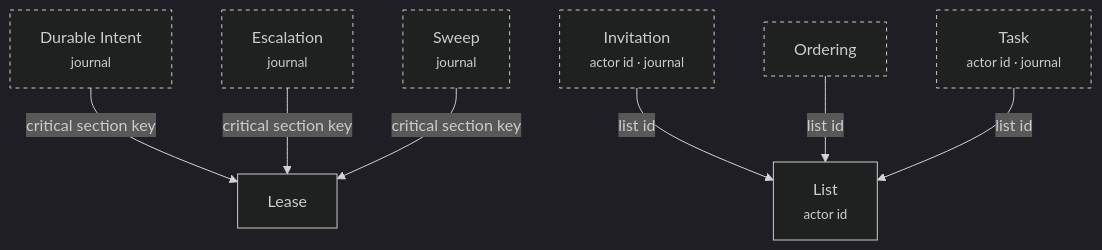
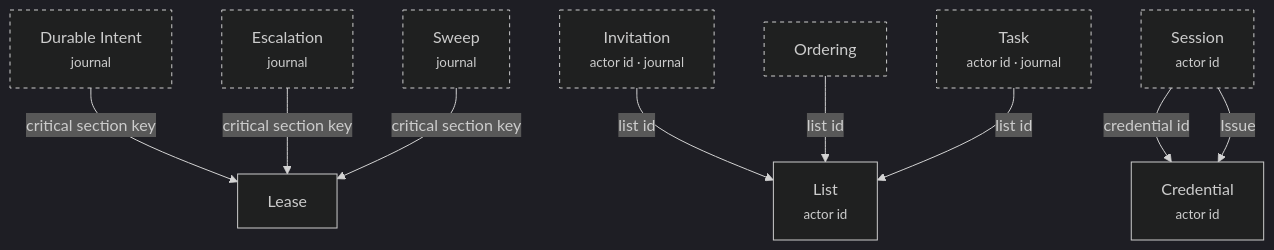
The fourth of 6 diagrams in library/graph.md (scottromack/grace-commons), drawn with Mermaid before and after one commit. The commit also changed other lines of this file and 15 other files, not shown here.

````diff
--- a/library/graph.md
+++ b/library/graph.md
@@ -81,20 +85,24 @@
 ```mermaid
 %%{init: {"theme": "dark", "flowchart": {"htmlLabels": true}} }%%
 flowchart TB
+  b0_credential["Credential<br/><small>actor id</small>"]
   b0_lease["Lease"]
   b0_list["List<br/><small>actor id</small>"]
   b0_durable_intent["Durable Intent<br/><small>journal</small>"]
   b0_escalation["Escalation<br/><small>journal</small>"]
   b0_invitation["Invitation<br/><small>actor id · journal</small>"]
   b0_ordering["Ordering"]
+  b0_session["Session<br/><small>actor id</small>"]
   b0_sweep["Sweep<br/><small>journal</small>"]
   b0_task["Task<br/><small>actor id · journal</small>"]
-  class b0_durable_intent,b0_escalation,b0_invitation,b0_ordering,b0_sweep,b0_task lower
+  class b0_durable_intent,b0_escalation,b0_invitation,b0_ordering,b0_session,b0_sweep,b0_task lower
   b0_durable_intent -->|"critical section key"| b0_lease
   b0_escalation -->|"critical section key"| b0_lease
   b0_invitation -->|"list id"| b0_list
   b0_ordering -->|"list id"| b0_list
+  b0_session -->|"credential id"| b0_credential
+  b0_session -->|"Issue"| b0_credential
   b0_sweep -->|"critical section key"| b0_lease
   b0_task -->|"list id"| b0_list
   classDef lower stroke-dasharray: 4 4
 ```
````
